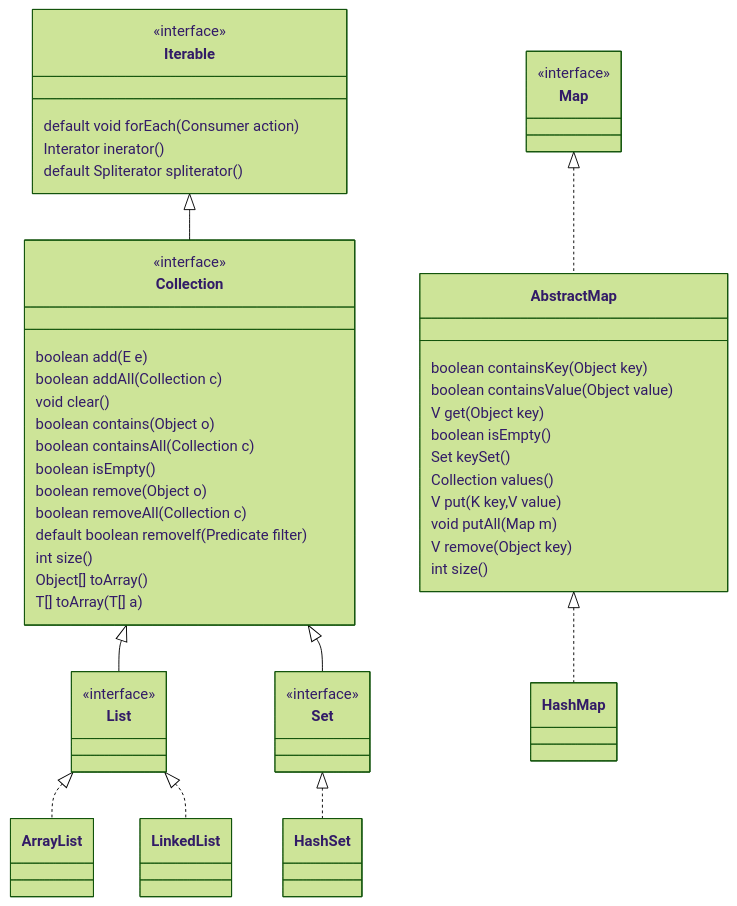
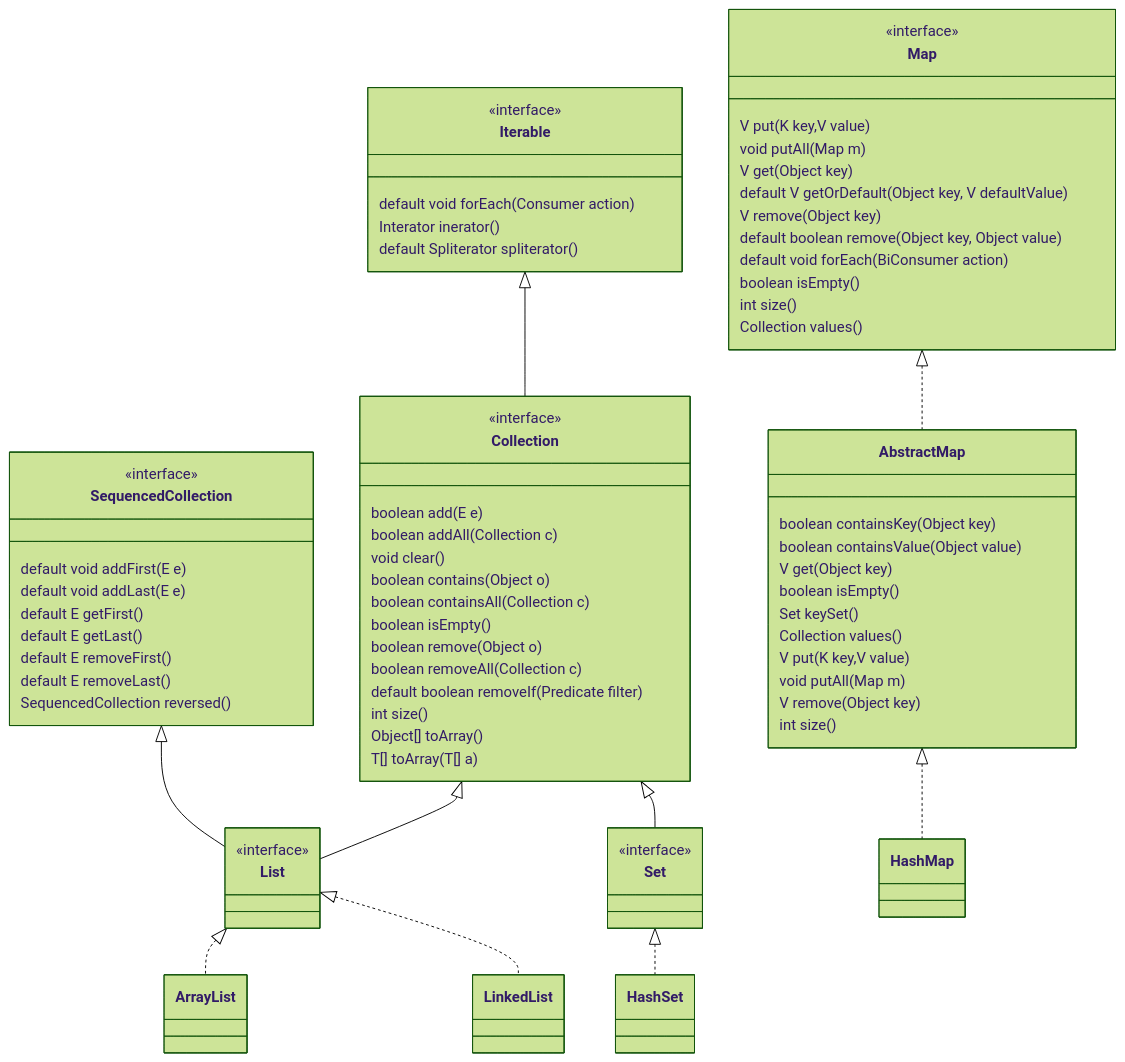
The diagram in Java/Java_Base_Note.md (silascript/ITNotes), drawn with Mermaid (forest theme) before and after one commit. The commit also changed other lines of this file and 4 other files, not shown here.

```diff
--- a/Java/Java_Base_Note.md
+++ b/Java/Java_Base_Note.md
@@ -67,6 +67,28 @@
 
 	class Map{
 		<<interface>>
+		V put(K key,V value)
+		void putAll(Map<? extends K,? extends V> m)
+		V get(Object key)
+		default V getOrDefault(Object key, V defaultValue)
+		V remove(Object key)
+		default boolean remove(Object key, Object value)
+		default void forEach(BiConsumer<? super K, ? super V> action)
+		boolean isEmpty()
+		int size()
+		Collection<V> values()
+	}
+
+
+	class SequencedCollection{
+		<<interface>>
+		default void addFirst(E e)
+		default void addLast(E e)
+		default E getFirst()
+		default E getLast()
+		default E removeFirst()
+		default E removeLast()
+		SequencedCollection<E> reversed()	
 	}
 
 	class List{
@@ -110,7 +132,8 @@
 
 	Iterable <|-- Collection
 
-	Collection <|-- List 
+	Collection <|-- List
+	SequencedCollection <|-- List
 	List <|.. ArrayList
 	List <|.. LinkedList
 	Collection <|-- Set
```
